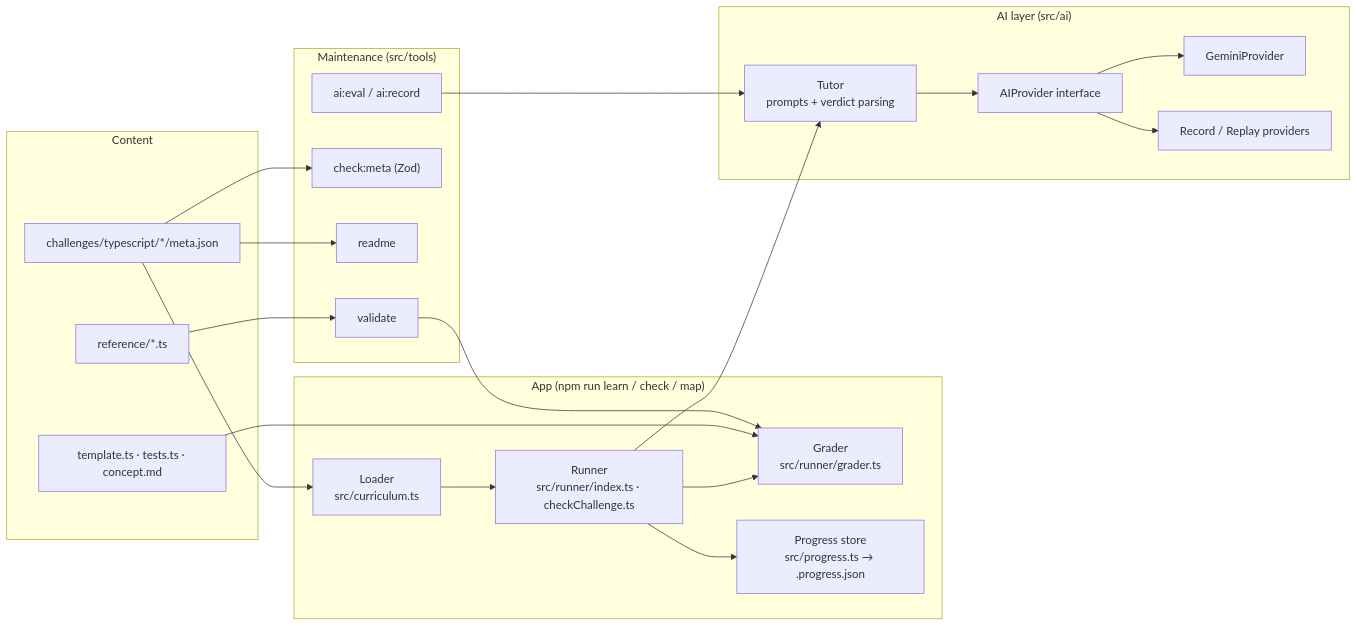
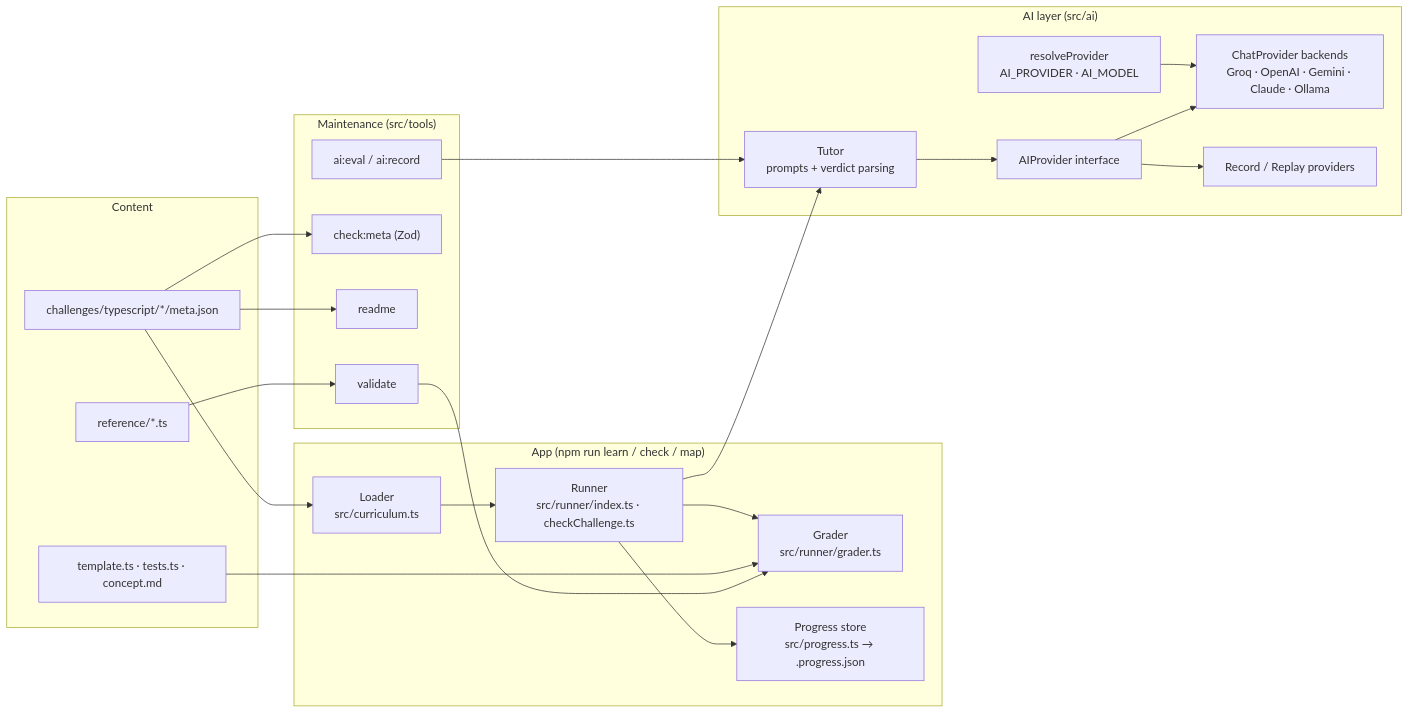
One commit to KKoygun/TypeDojo changed the diagram in docs/ARCHITECTURE.md. Above: the diagram before and after it, drawn with Mermaid. The commit also changed other lines of this file and 15 other files, not shown here.

First line of the commit message:
Pick the AI backend with AI_PROVIDER and AI_MODEL: Groq, Gemini, Claude, OpenAI or Ollama

````diff
--- a/docs/ARCHITECTURE.md
+++ b/docs/ARCHITECTURE.md
@@ -5,43 +5,45 @@
 ```mermaid
 flowchart LR
   subgraph Content
     meta["challenges/typescript/*/meta.json"]
     files["template.ts · tests.ts · concept.md"]
     ref["reference/*.ts"]
   end
 
   subgraph App["App (npm run learn / check / map)"]
     loader["Loader<br/>src/curriculum.ts"]
     runner["Runner<br/>src/runner/index.ts · checkChallenge.ts"]
     grader["Grader<br/>src/runner/grader.ts"]
     progress["Progress store<br/>src/progress.ts → .progress.json"]
   end
 
   subgraph AI["AI layer (src/ai)"]
     tutor["Tutor<br/>prompts + verdict parsing"]
     iface["AIProvider interface"]
-    gemini["GeminiProvider"]
+    factory["resolveProvider<br/>AI_PROVIDER · AI_MODEL"]
+    backends["ChatProvider backends<br/>Groq · OpenAI · Gemini · Claude · Ollama"]
     replay["Record / Replay providers"]
   end
 
   subgraph Tools["Maintenance (src/tools)"]
     validate["validate"]
     checkmeta["check:meta (Zod)"]
     readme["readme"]
     aieval["ai:eval / ai:record"]
   end
 
   meta --> loader --> runner
   runner --> grader
   files --> grader
   runner --> progress
   runner --> tutor --> iface
-  iface --> gemini
+  factory --> backends
+  iface --> backends
   iface --> replay
 
   validate --> grader
   ref --> validate
   meta --> checkmeta
   meta --> readme
   aieval --> tutor
 ```
````
